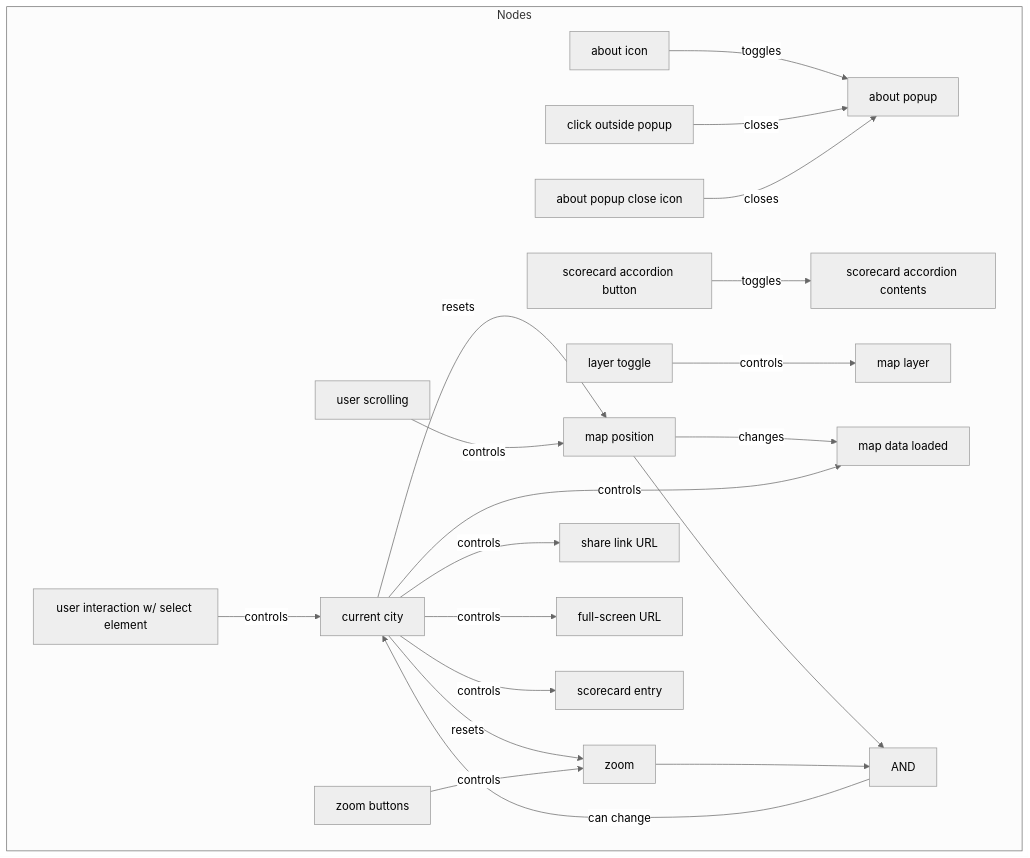
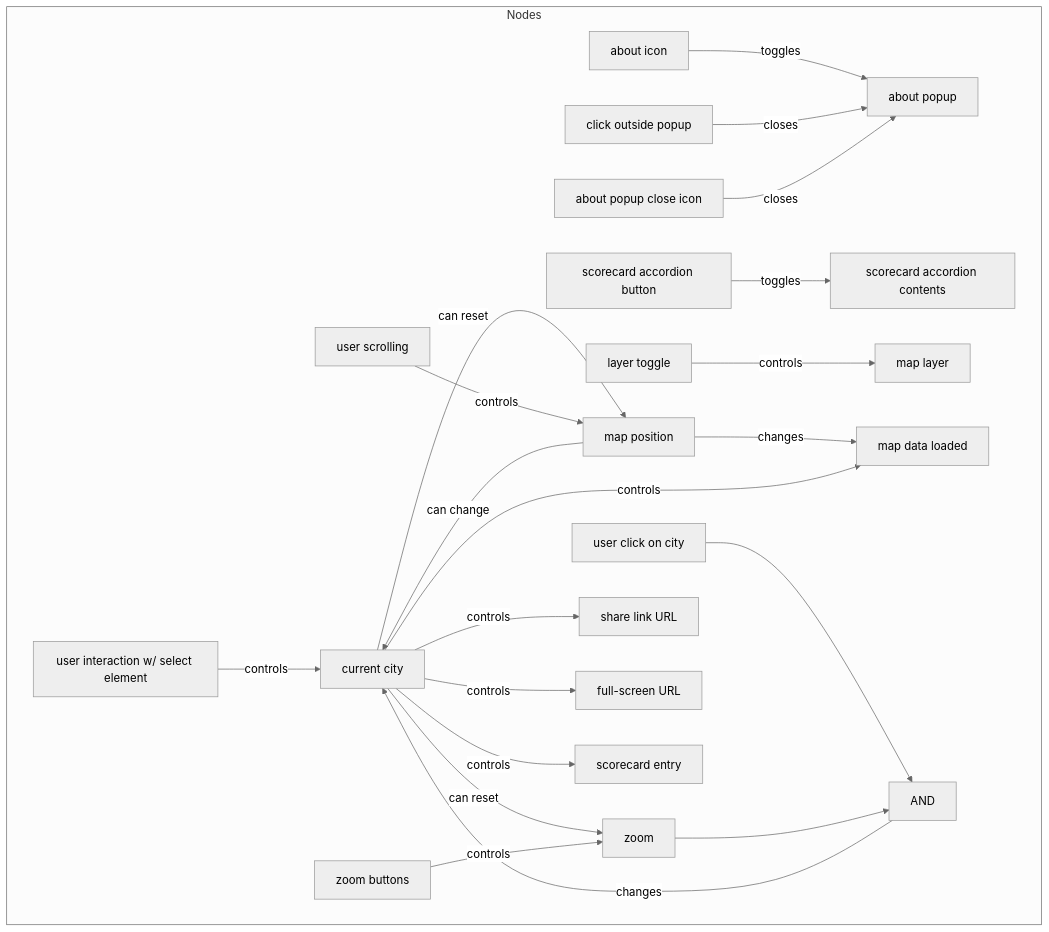
One commit to ParkingReformNetwork/parking-lot-map changed the diagram in README.md. Above: the diagram before and after it, drawn with Mermaid (neutral theme). The commit also changed other lines of this file, not shown here.

Commit message:
Fix how scrolling the map and clicking cities is modeled

````diff
--- a/README.md
+++ b/README.md
@@ -143,61 +145,63 @@
 ```mermaid
 graph TD
     subgraph Nodes
         A[current city]
         F[user interaction w/ select element]
 
         C[share link URL]
         S[full-screen URL]
 
         B[map data loaded]
         D[scorecard entry]
 
         E[map position]
         H[user scrolling]
 
+        T[user click on city]
+        U[AND]
+
         G[zoom]
         R[zoom buttons]
 
         J[scorecard accordion button]
         K[scorecard accordion contents]
 
         L[layer toggle]
         M[map layer]
 
         N[about icon]
         O[about popup]
         P[click outside popup]
         Q[about popup close icon]
-
-        T[AND]
     end
 
     %% Relationships
     N -->|toggles| O
     P -->|closes| O
     Q -->|closes| O
 
     J -->|toggles| K
 
     L -->|controls| M
 
     F -->|controls| A
 
     E -->|changes| B
+    E -->|can change| A
 
-    E -->T
-    G -->T
-    T -->|can change| A
+    T --> U
+    G --> U
+    U --> |changes| A
 
     A -->|controls| C
     A -->|controls| S
 
     A -->|controls| B
     A -->|controls| D
 
-    A -->|resets| E
-    A -->|resets| G
+    A -->|can reset| E
+    A -->|can reset| G
 
     H -->|controls| E
     R -->|controls| G
 ```
````
